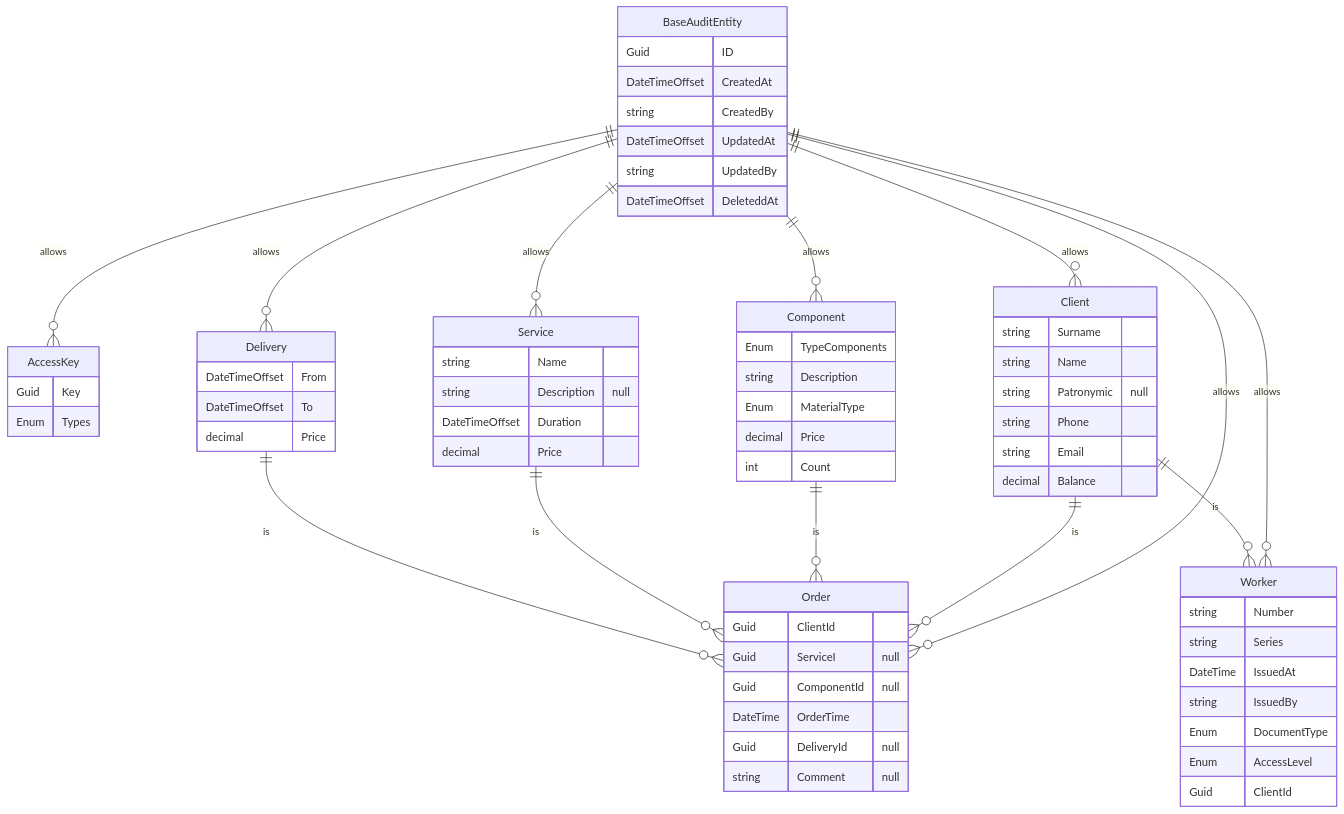
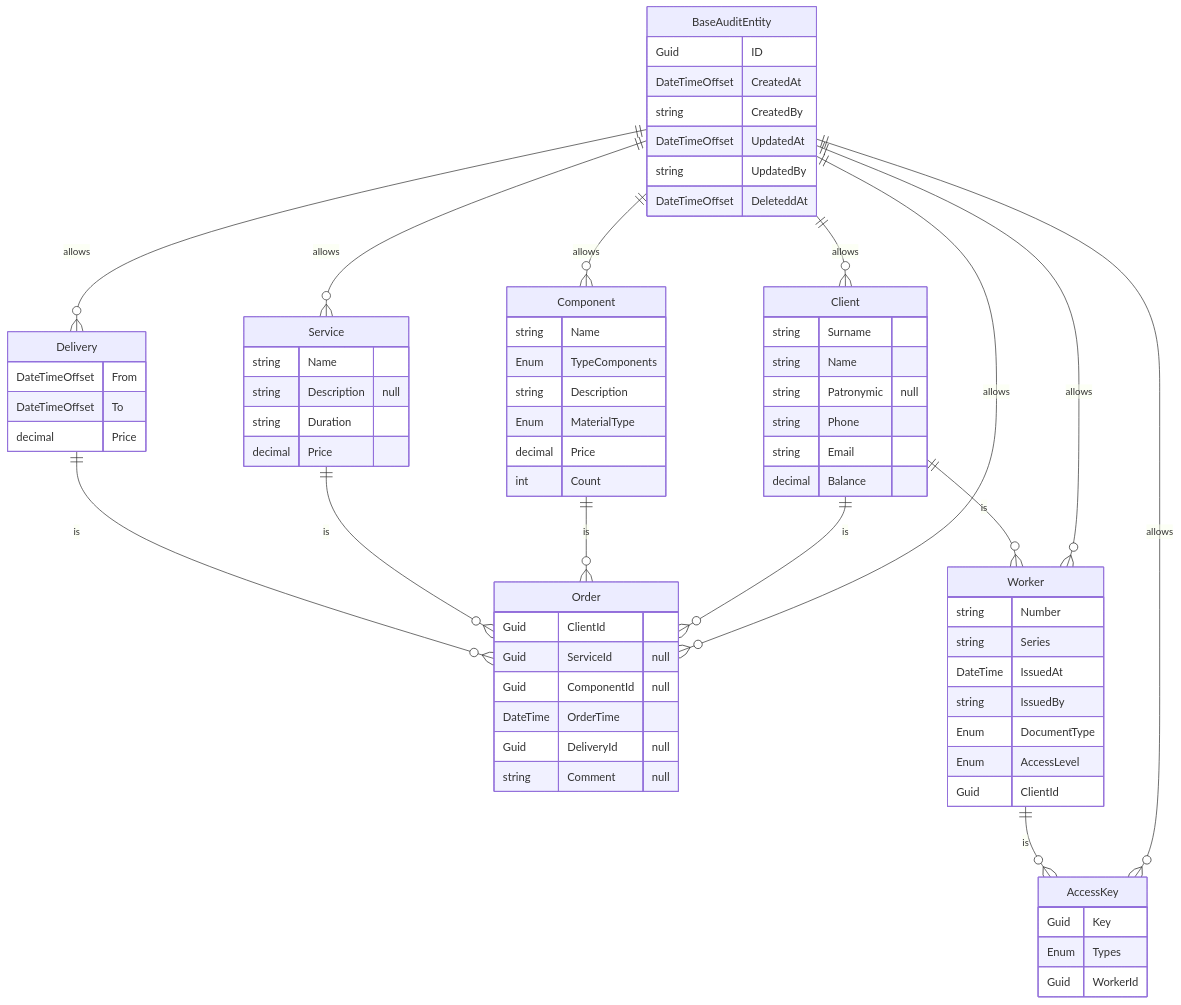
The diagram in README.md (SlavaNik16/Accessories_PC_Nik_Api), drawn with Mermaid before and after one commit.

````diff
--- a/README.md
+++ b/README.md
@@ -25,77 +25,80 @@
 ```mermaid
 erDiagram
 
     BaseAuditEntity {
         Guid ID
         DateTimeOffset CreatedAt
         string CreatedBy
         DateTimeOffset UpdatedAt
         string UpdatedBy
         DateTimeOffset DeleteddAt
     }
 
     AccessKey {
         Guid Key
         Enum Types
+        Guid WorkerId
     }
 
     Client {
         string Surname
         string Name
         string Patronymic "null"
         string Phone
         string Email
         decimal Balance
     }
 
     Component {
+        string Name
         Enum TypeComponents
         string Description
         Enum MaterialType
         decimal Price
         int Count
     }
 
      Delivery {
         DateTimeOffset From
         DateTimeOffset To
         decimal Price
     }
 
     Order {
         Guid ClientId
-        Guid ServiceI "null"
+        Guid ServiceId "null"
         Guid ComponentId "null"
         DateTime OrderTime
         Guid DeliveryId "null"
         string Comment "null"
     }
     Service {
         string Name
         string Description "null"
-        DateTimeOffset Duration
+        string Duration
         decimal Price
     }
     Worker {
         string Number
         string Series
         DateTime IssuedAt
         string IssuedBy
         Enum DocumentType
         Enum AccessLevel
         Guid ClientId
     }
     Delivery ||--o{ Order: is
     Service ||--o{ Order: is
     Component ||--o{ Order: is
     Client ||--o{ Order: is
     Client ||--o{ Worker: is
+    Worker ||--o{ AccessKey: is
 
     BaseAuditEntity ||--o{ Delivery: allows
     BaseAuditEntity ||--o{ Service: allows
     BaseAuditEntity ||--o{ Component: allows
     BaseAuditEntity ||--o{ Worker: allows
     BaseAuditEntity ||--o{ Order: allows
     BaseAuditEntity ||--o{ AccessKey: allows
     BaseAuditEntity ||--o{ Client: allows
  ```
````
